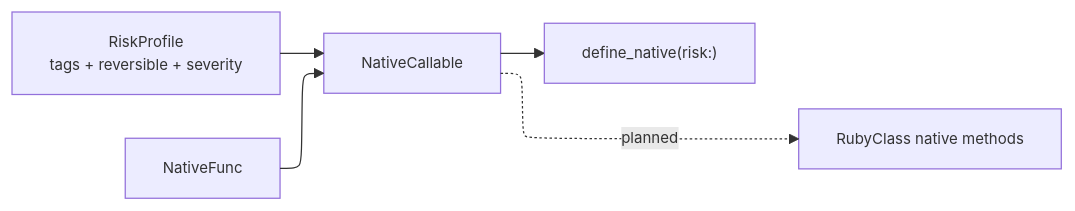
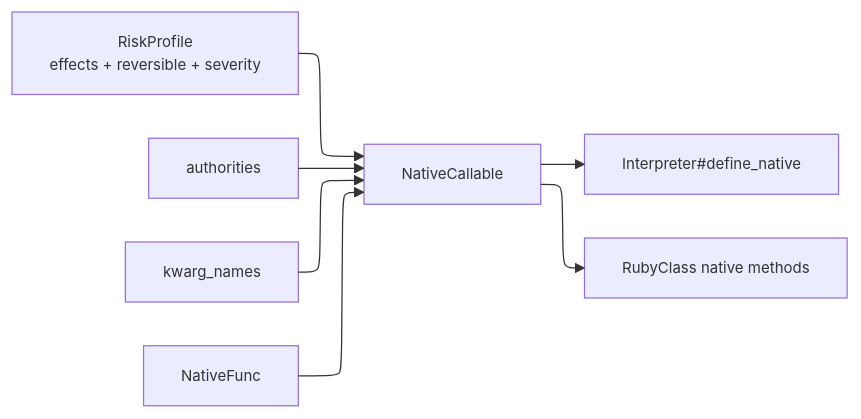
The eighth of 11 diagrams in DEVELOPMENT.md (ModelArmy/adjutant.cr), drawn with Mermaid before and after one commit. The commit also changed other lines of this file and 102 other files, not shown here.

````diff
--- a/DEVELOPMENT.md
+++ b/DEVELOPMENT.md
@@ -875,15 +423,16 @@
 ```mermaid
 ---
 displayMode: compact
 config:
   layout: elk
   themeVariables:
     fontSize: 12px
 ---
 flowchart LR
-    RP[RiskProfile
-tags + reversible + severity] --> NC[NativeCallable]
+    RP[RiskProfile<br/>effects + reversible + severity] --> NC[NativeCallable]
+    AU[authorities] --> NC
+    KW[kwarg_names] --> NC
     NF[NativeFunc] --> NC
-    NC --> DN["define_native(risk:)"]
-    NC -.planned.-> RC[RubyClass native methods]
+    NC --> DN["Interpreter#define_native"]
+    NC --> RC["RubyClass native methods"]
 ```
````
